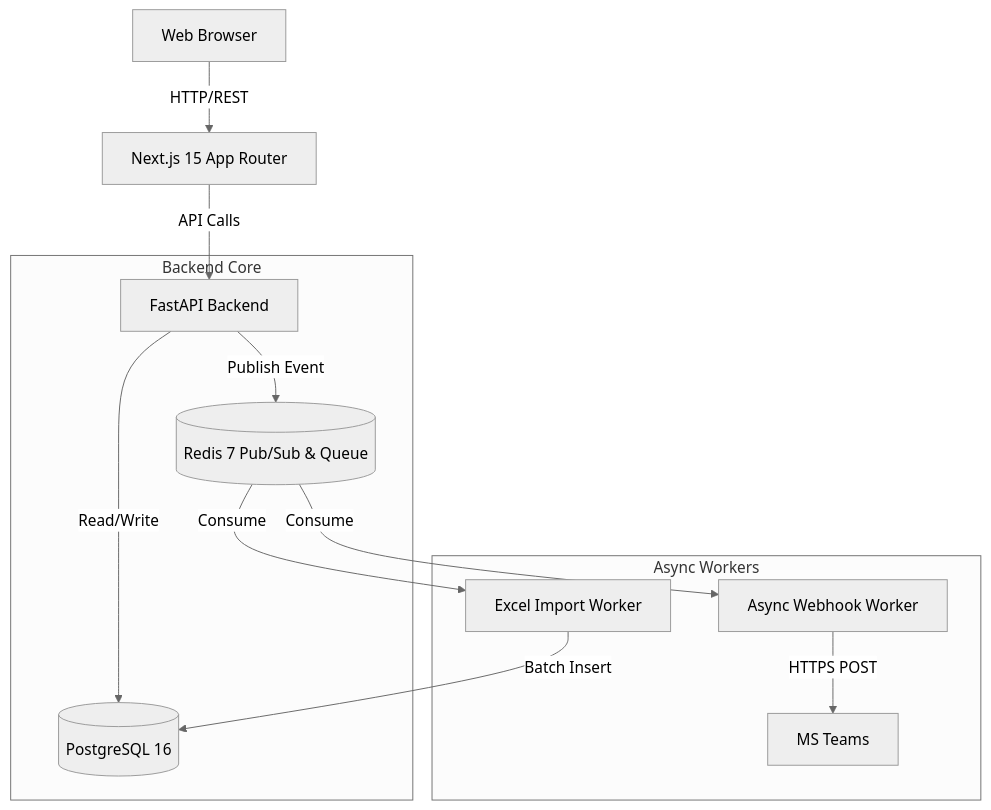
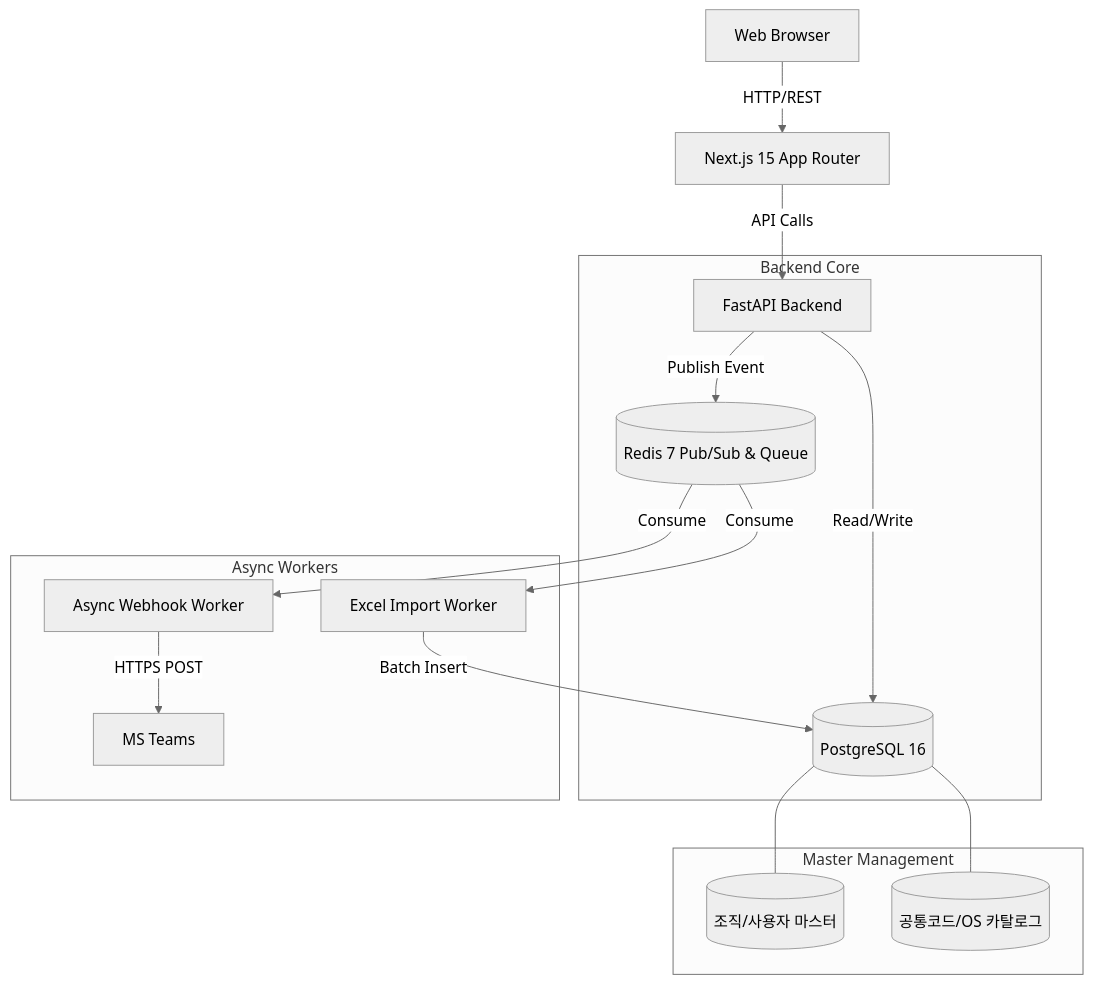
Before and after one commit to rebel-glamp/xenon_itam: the first of 2 diagrams in README.md, drawn with Mermaid (neutral theme). The commit also changed other lines of this file, not shown here.

````diff
--- a/README.md
+++ b/README.md
@@ -16,17 +41,22 @@
 ```mermaid
 graph TD
     Client[Web Browser] -->|HTTP/REST| NextJS[Next.js 15 App Router]
     NextJS -->|API Calls| FastAPI[FastAPI Backend]
     
     subgraph Backend Core
         FastAPI -->|Read/Write| PG[(PostgreSQL 16)]
         FastAPI -->|Publish Event| Redis[(Redis 7 Pub/Sub & Queue)]
     end
 
+    subgraph Master Management
+        PG --- OrgMaster[(조직/사용자 마스터)]
+        PG --- CodeMaster[(공통코드/OS 카탈로그)]
+    end
+
     subgraph Async Workers
         Redis -->|Consume| WebhookWorker[Async Webhook Worker]
         Redis -->|Consume| ExcelWorker[Excel Import Worker]
         WebhookWorker -->|HTTPS POST| Teams[MS Teams]
         ExcelWorker -->|Batch Insert| PG
     end
 ```
````
